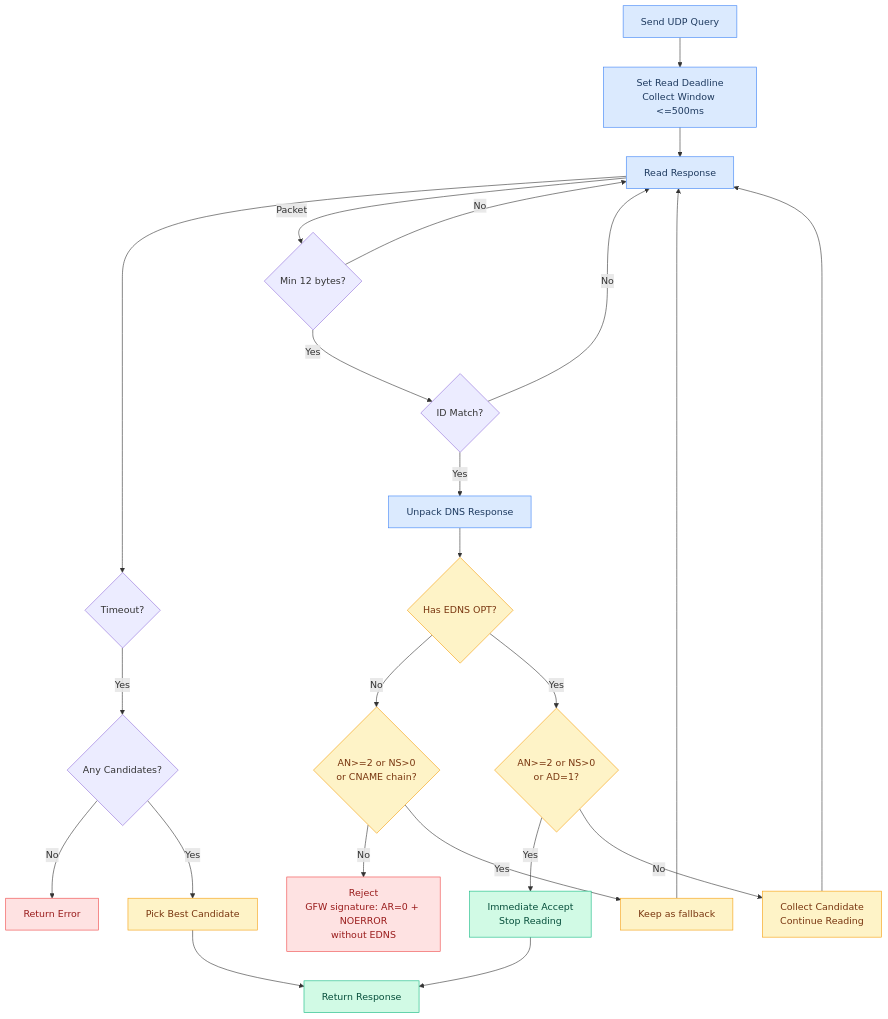
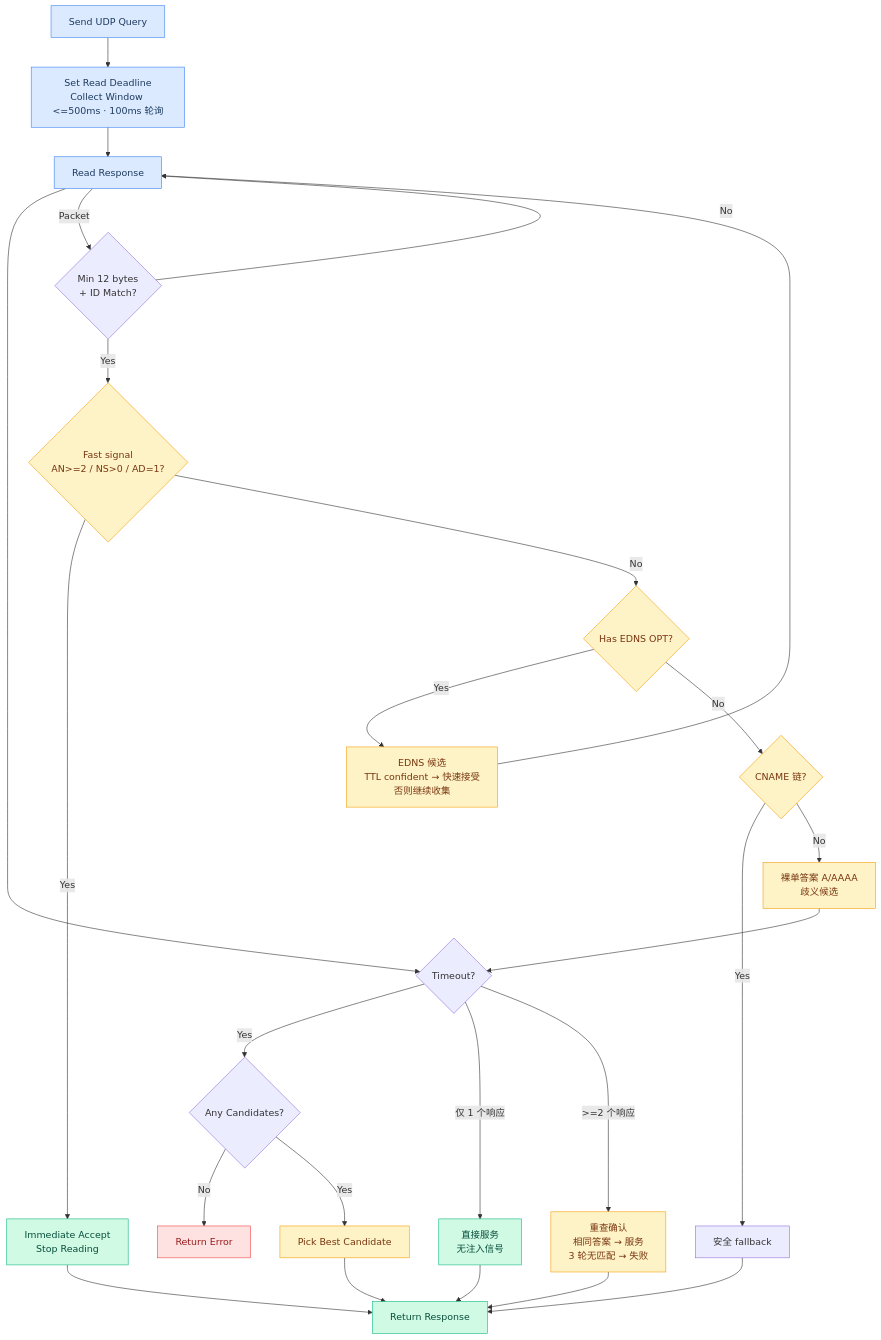
Before and after one commit to hezhijie0327/ZJDNS: diagram 15 of 30 in docs/FLOWCHARTS.md, drawn with Mermaid. The commit also changed other lines of this file and 8 other files, not shown here.

````diff
--- a/docs/FLOWCHARTS.md
+++ b/docs/FLOWCHARTS.md
@@ -298,33 +421,35 @@
 ```mermaid
 graph TD
-    Q[Send UDP Query] --> WAIT[Set Read Deadline<br/>Collect Window <=500ms]
+    Q[Send UDP Query] --> WAIT[Set Read Deadline<br/>Collect Window <=500ms · 100ms 轮询]
     WAIT --> READ[Read Response]
     READ --> TIMEOUT{Timeout?}
-    TIMEOUT -->|Yes| NOCAND{Any Candidates?}
-    NOCAND -->|No| ERR[Return Error]
-    NOCAND -->|Yes| BEST[Pick Best Candidate]
-    READ -->|Packet| HEADER{Min 12 bytes?}
+    TIMEOUT -->|Yes| CAND{Any Candidates?}
+    CAND -->|No| ERR[Return Error]
+    CAND -->|Yes| BEST[Pick Best Candidate]
+    READ -->|Packet| HEADER{Min 12 bytes<br/>+ ID Match?}
     HEADER -->|No| READ
-    HEADER -->|Yes| IDMATCH{ID Match?}
-    IDMATCH -->|No| READ
-    IDMATCH -->|Yes| UNPACK[Unpack DNS Response]
-    UNPACK --> EDNS{Has EDNS OPT?}
-    EDNS -->|No| NONEDNS{AN>=2 or NS>0<br/>or CNAME chain?}
-    NONEDNS -->|No| REJECT[Reject<br/>GFW signature: AR=0 + NOERROR<br/>without EDNS]
-    NONEDNS -->|Yes| KEEP[Keep as fallback]
-    KEEP --> READ
-    EDNS -->|Yes| RICH{AN>=2 or NS>0<br/>or AD=1?}
-    RICH -->|Yes| ACCEPT[Immediate Accept<br/>Stop Reading]
-    RICH -->|No| COLLECT[Collect Candidate<br/>Continue Reading]
+    HEADER -->|Yes| FAST{"Fast signal<br/>AN>=2 / NS>0 / AD=1?"}
+    FAST -->|Yes| ACCEPT[Immediate Accept<br/>Stop Reading]
+    FAST -->|No| EDNS{Has EDNS OPT?}
+    EDNS -->|Yes| COLLECT[EDNS 候选<br/>TTL confident → 快速接受<br/>否则继续收集]
+    EDNS -->|No| CNAME{CNAME 链?}
+    CNAME -->|Yes| SAFE[安全 fallback]
+    CNAME -->|No| AMBIG[裸单答案 A/AAAA<br/>歧义候选]
+    AMBIG --> TIMEOUT
+    TIMEOUT -->|仅 1 个响应| SERVE[直接服务<br/>无注入信号]
+    TIMEOUT -->|>=2 个响应| REQUERY[重查确认<br/>相同答案 → 服务<br/>3 轮无匹配 → 失败]
     COLLECT --> READ
     ACCEPT --> DONE[Return Response]
     BEST --> DONE
+    SAFE --> DONE
+    SERVE --> DONE
+    REQUERY --> DONE
     classDef ok fill:#d1fae5,stroke:#10b981,color:#064e3b
     classDef reject fill:#fee2e2,stroke:#ef4444,color:#991b1b
     classDef proc fill:#fef3c7,stroke:#f59e0b,color:#78350f
     classDef io fill:#dbeafe,stroke:#3b82f6,color:#1e3a5f
-    class ACCEPT,DONE ok
-    class REJECT,ERR reject
-    class EDNS,RICH,NONEDNS,COLLECT,KEEP,BEST proc
+    class ACCEPT,DONE,SERVE ok
+    class ERR,REQUERY reject
+    class FAST,EDNS,CNAME,AMBIG,COLLECT,BEST,REQUERY proc
     class Q,WAIT,READ,UNPACK io
 ```
````
